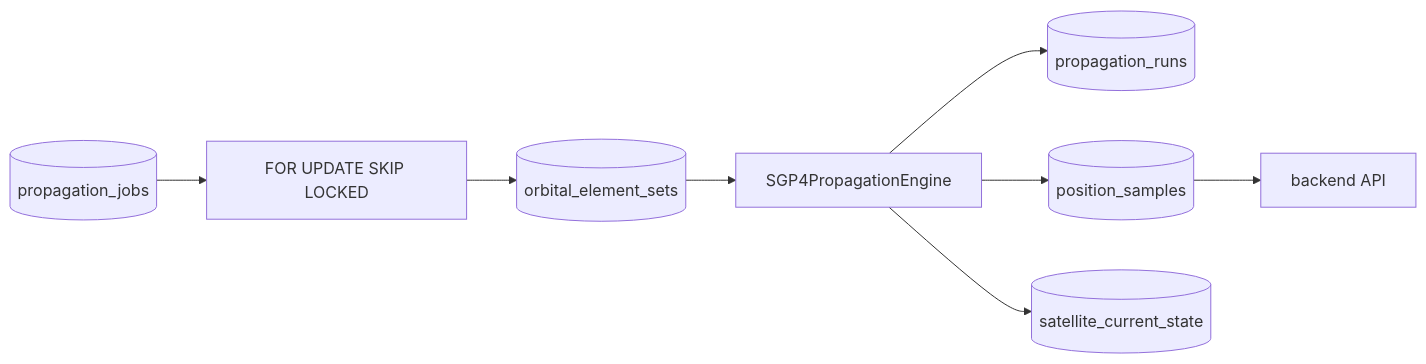
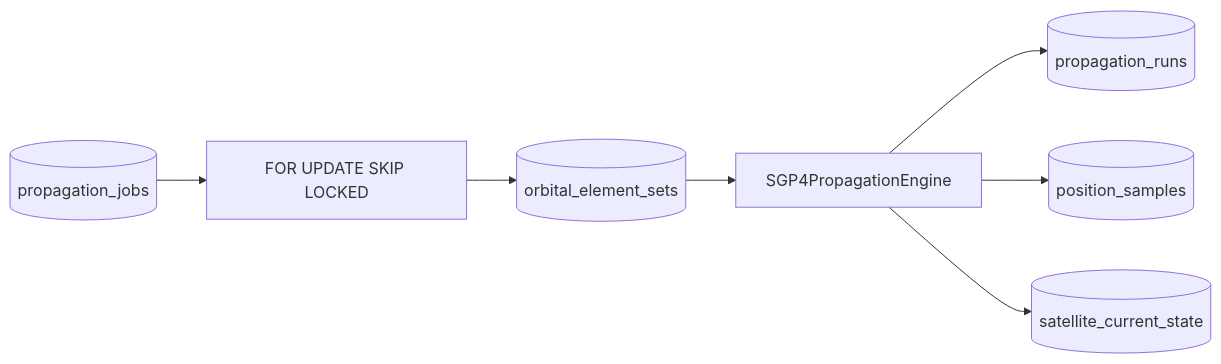
The sixth of 6 diagrams in docs/architecture.md (ExoSpaceLabs/world-sat-monitor), drawn with Mermaid before and after one commit. The commit also changed other lines of this file and 11 other files, not shown here.

````diff
--- a/docs/architecture.md
+++ b/docs/architecture.md
@@ -147,10 +146,9 @@
 ```mermaid
 flowchart LR
-    J[(propagation_jobs)] --> CLAIM[FOR UPDATE SKIP LOCKED]
-    CLAIM --> E[(orbital_element_sets)]
+    J[(propagation_jobs)] --> C[FOR UPDATE SKIP LOCKED]
+    C --> E[(orbital_element_sets)]
     E --> S[SGP4PropagationEngine]
     S --> R[(propagation_runs)]
     S --> P[(position_samples)]
-    S --> C[(satellite_current_state)]
-    P --> API[backend API]
+    S --> CS[(satellite_current_state)]
 ```
````
